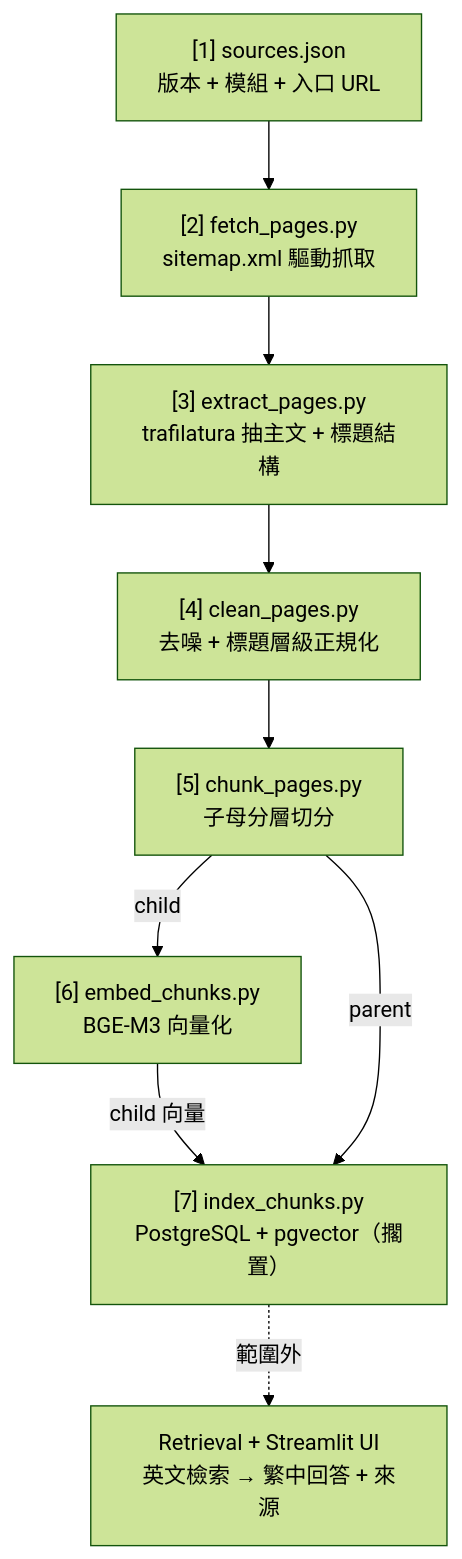
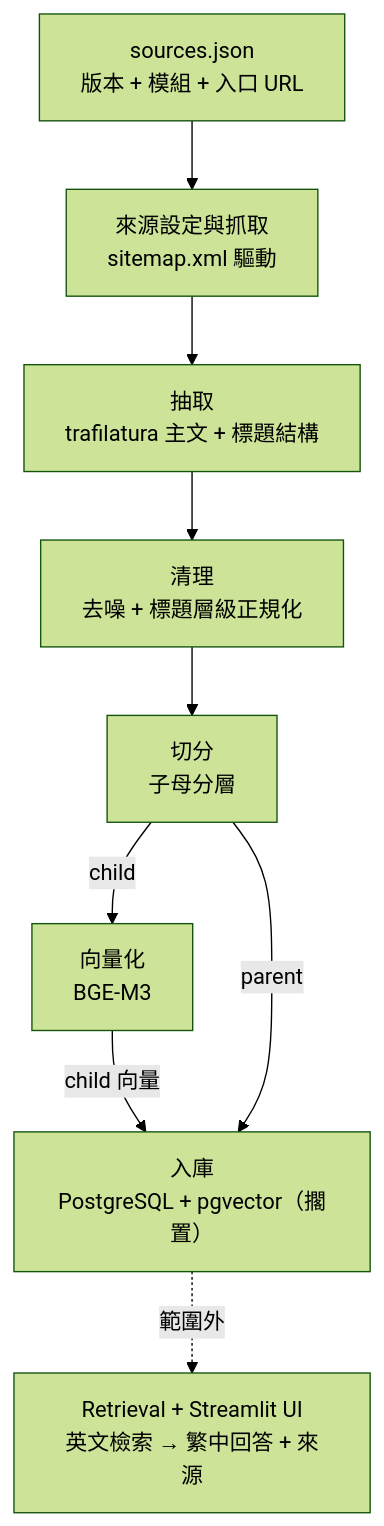
One commit to Star-Meow/Minecraft_RAG changed the diagram in README.md. Above: the diagram before and after it, drawn with Mermaid (forest theme). The commit also changed other lines of this file and 20 other files, not shown here.

First line of the commit message:
docs: 文件重整為架構地圖 + 模塊文件，併入並移除 ADR

````diff
--- a/README.md
+++ b/README.md
@@ -24,11 +32,11 @@
 ```mermaid
 flowchart TD
-    S["[1] sources.json<br>版本 + 模組 + 入口 URL"] --> F["[2] fetch_pages.py<br>sitemap.xml 驅動抓取"]
-    F --> E["[3] extract_pages.py<br>trafilatura 抽主文 + 標題結構"]
-    E --> C["[4] clean_pages.py<br>去噪 + 標題層級正規化"]
-    C --> K["[5] chunk_pages.py<br>子母分層切分"]
-    K -- child --> M["[6] embed_chunks.py<br>BGE-M3 向量化"]
-    M -- child 向量 --> I["[7] index_chunks.py<br>PostgreSQL + pgvector（擱置）"]
+    S["sources.json<br>版本 + 模組 + 入口 URL"] --> F["來源設定與抓取<br>sitemap.xml 驅動"]
+    F --> E["抽取<br>trafilatura 主文 + 標題結構"]
+    E --> C["清理<br>去噪 + 標題層級正規化"]
+    C --> K["切分<br>子母分層"]
+    K -- child --> M["向量化<br>BGE-M3"]
+    M -- child 向量 --> I["入庫<br>PostgreSQL + pgvector（擱置）"]
     K -- parent --> I
     I -.範圍外.-> R["Retrieval + Streamlit UI<br>英文檢索 → 繁中回答 + 來源"]
 ```
````
